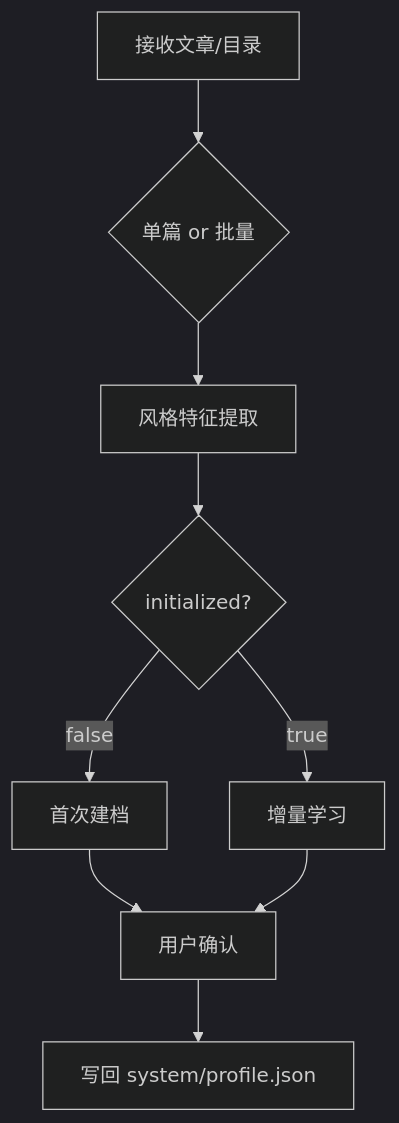
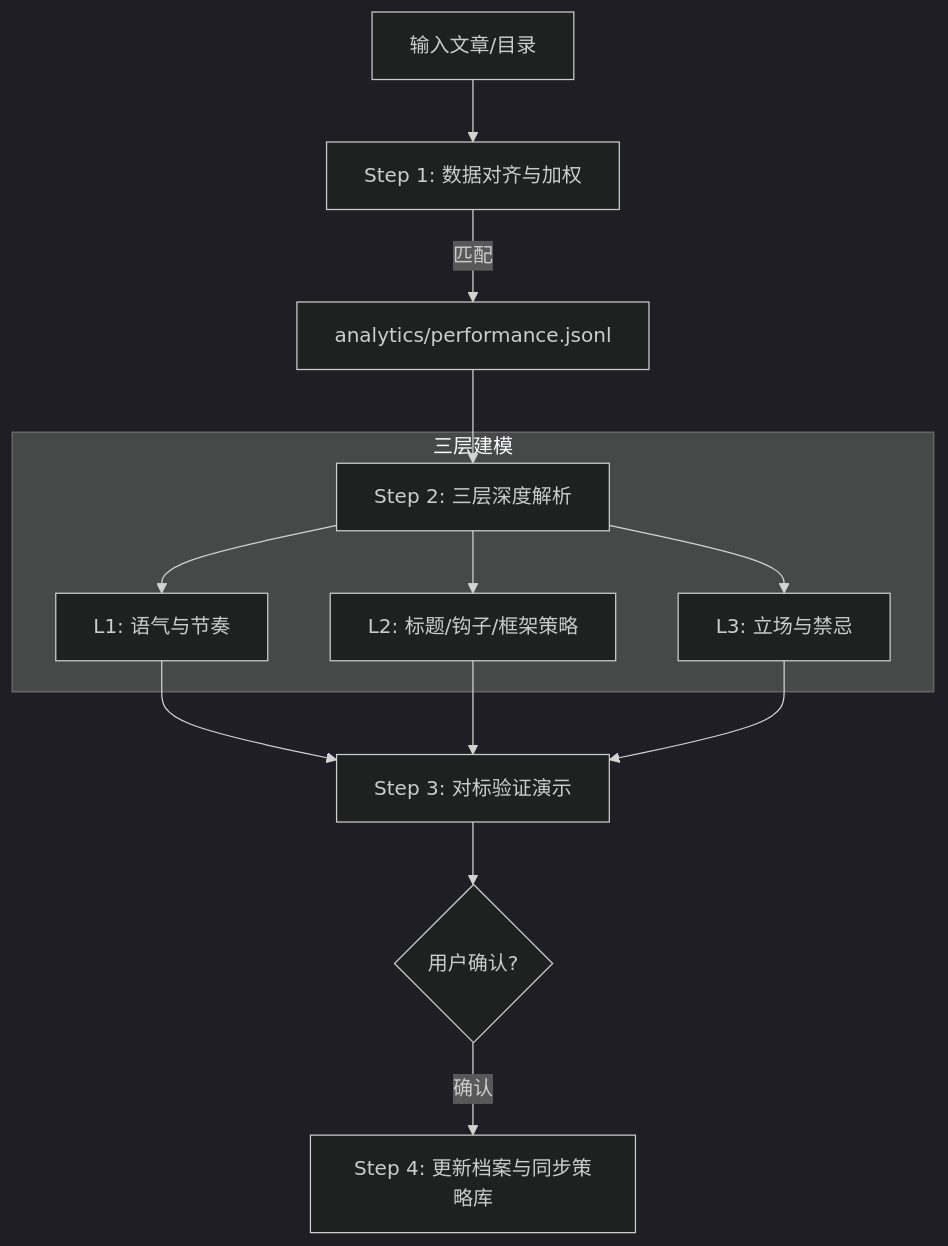
Before and after one commit to xhanzo-coder/creator-digital-twin-skill: the sixth of 9 diagrams in README.md, drawn with Mermaid (dark theme). The commit also changed other lines of this file and 8 other files, not shown here.

````diff
--- a/README.md
+++ b/README.md
@@ -187,11 +205,15 @@
 ```mermaid
 flowchart TD
-    E1[接收文章/目录] --> E2{单篇 or 批量}
-    E2 --> E3[风格特征提取]
-    E3 --> E4{initialized?}
-    E4 -->|false| E5[首次建档]
-    E4 -->|true| E6[增量学习]
-    E5 --> E7[用户确认]
-    E6 --> E7
-    E7 --> E8[写回 system/profile.json]
+    E1[输入文章/目录] --> E2[Step 1: 数据对齐与加权]
+    E2 -->|匹配| E3[analytics/performance.jsonl]
+    E3 --> E4[Step 2: 三层深度解析]
+    subgraph 三层建模
+    E4 --> E5[L1: 语气与节奏]
+    E4 --> E6[L2: 标题/钩子/框架策略]
+    E4 --> E7[L3: 立场与禁忌]
+    end
+    
+    E5 & E6 & E7 --> E8[Step 3: 对标验证演示]
+    E8 --> E9{用户确认?}
+    E9 -->|确认| E10[Step 4: 更新档案与同步策略库]
 ```
````
